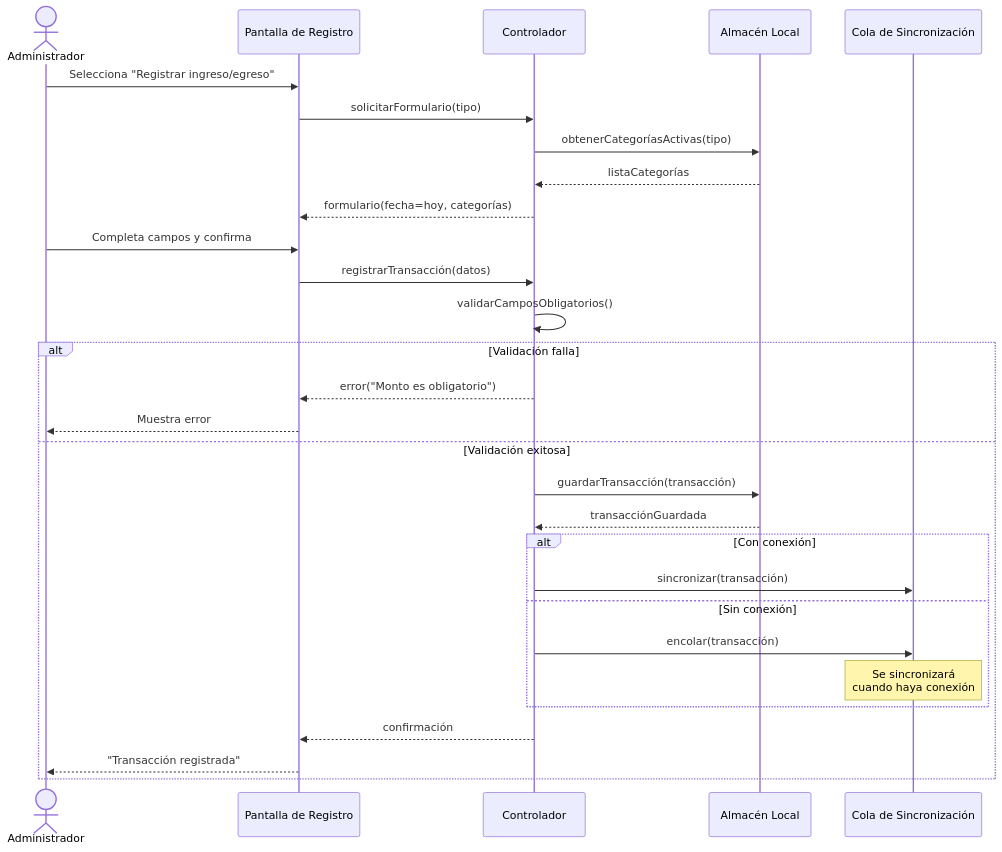
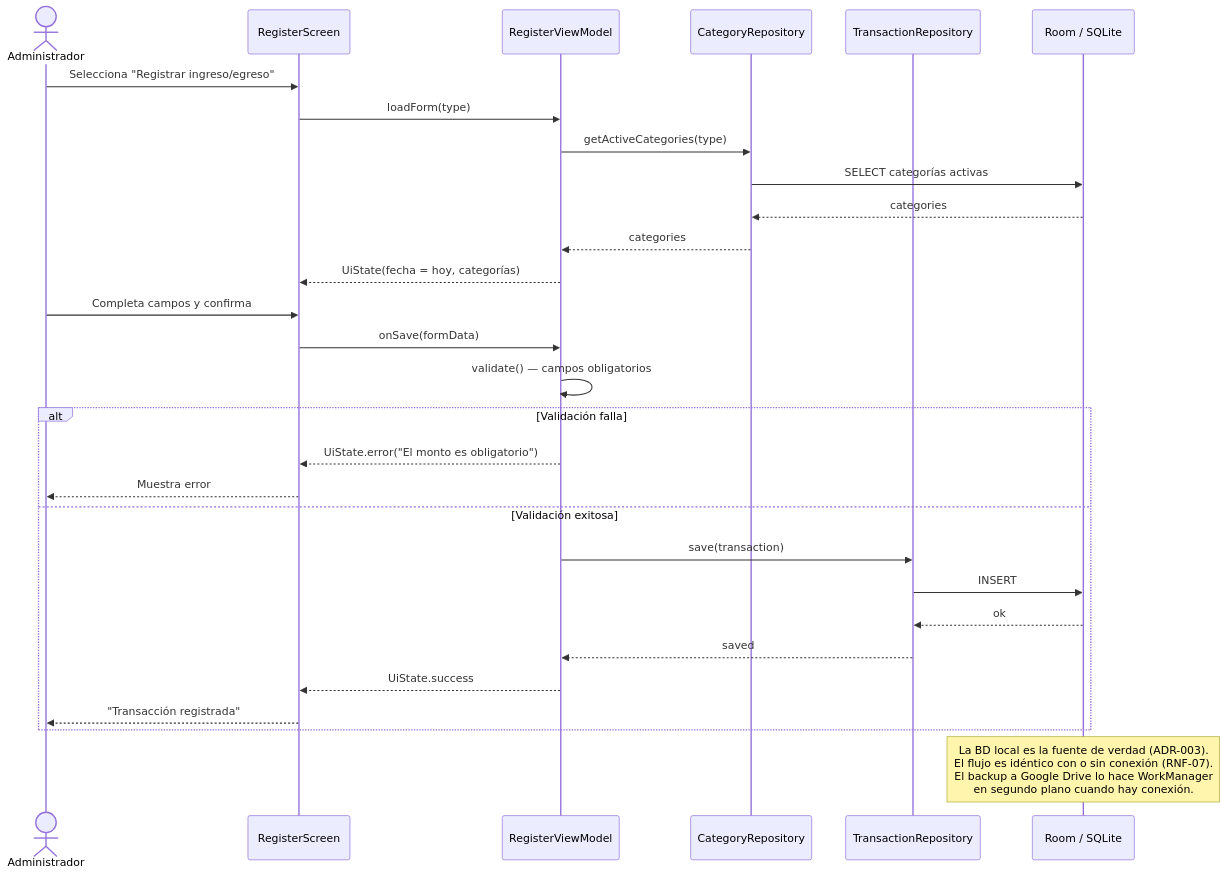
The first of 6 diagrams in docs/3-casos-uso-uml/diagramas_secuencia.md (Mundolel/SGE), drawn with Mermaid before and after one commit. The commit also changed other lines of this file and 2 other files, not shown here.

First line of the commit message:
docs: align UML deliverables with architecture ADRs (#28)

````diff
--- a/docs/3-casos-uso-uml/diagramas_secuencia.md
+++ b/docs/3-casos-uso-uml/diagramas_secuencia.md
@@ -13,36 +15,35 @@
 ```mermaid
 sequenceDiagram
     actor Admin as Administrador
-    participant UI as Pantalla de Registro
-    participant Ctrl as Controlador
-    participant Repo as Almacén Local
-    participant Sync as Cola de Sincronización
+    participant Screen as RegisterScreen
+    participant VM as RegisterViewModel
+    participant CatRepo as CategoryRepository
+    participant TxRepo as TransactionRepository
+    participant DB as Room / SQLite
 
-    Admin->>UI: Selecciona "Registrar ingreso/egreso"
-    UI->>Ctrl: solicitarFormulario(tipo)
-    Ctrl->>Repo: obtenerCategoríasActivas(tipo)
-    Repo-->>Ctrl: listaCategorías
-    Ctrl-->>UI: formulario(fecha=hoy, categorías)
-    Admin->>UI: Completa campos y confirma
+    Admin->>Screen: Selecciona "Registrar ingreso/egreso"
+    Screen->>VM: loadForm(type)
+    VM->>CatRepo: getActiveCategories(type)
+    CatRepo->>DB: SELECT categorías activas
+    DB-->>CatRepo: categories
+    CatRepo-->>VM: categories
+    VM-->>Screen: UiState(fecha = hoy, categorías)
+    Admin->>Screen: Completa campos y confirma
 
-    UI->>Ctrl: registrarTransacción(datos)
-    Ctrl->>Ctrl: validarCamposObligatorios()
+    Screen->>VM: onSave(formData)
+    VM->>VM: validate() — campos obligatorios
 
     alt Validación falla
-        Ctrl-->>UI: error("Monto es obligatorio")
-        UI-->>Admin: Muestra error
+        VM-->>Screen: UiState.error("El monto es obligatorio")
+        Screen-->>Admin: Muestra error
     else Validación exitosa
-        Ctrl->>Repo: guardarTransacción(transacción)
-        Repo-->>Ctrl: transacciónGuardada
+        VM->>TxRepo: save(transaction)
+        TxRepo->>DB: INSERT
+        DB-->>TxRepo: ok
+        TxRepo-->>VM: saved
+        VM-->>Screen: UiState.success
+        Screen-->>Admin: "Transacción registrada"
+    end
 
-        alt Con conexión
-            Ctrl->>Sync: sincronizar(transacción)
-        else Sin conexión
-            Ctrl->>Sync: encolar(transacción)
-            Note over Sync: Se sincronizará<br/>cuando haya conexión
-        end
-
-        Ctrl-->>UI: confirmación
-        UI-->>Admin: "Transacción registrada"
-    end
+    Note over DB: La BD local es la fuente de verdad (ADR-003).<br/>El flujo es idéntico con o sin conexión (RNF-07).<br/>El backup a Google Drive lo hace WorkManager<br/>en segundo plano cuando hay conexión.
 ```
````
